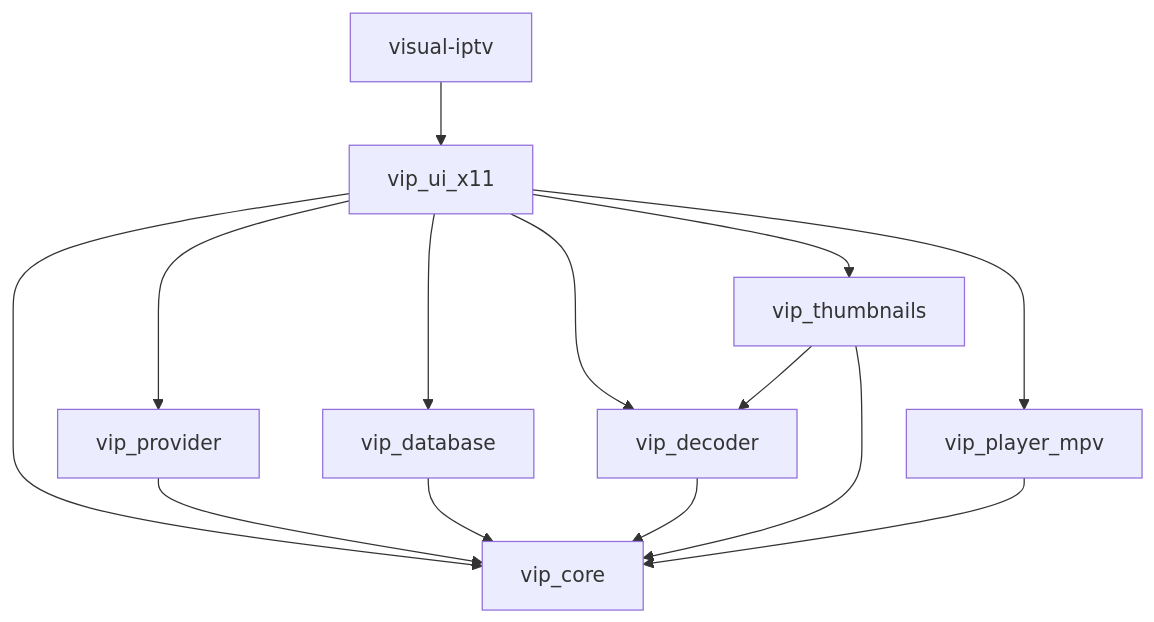
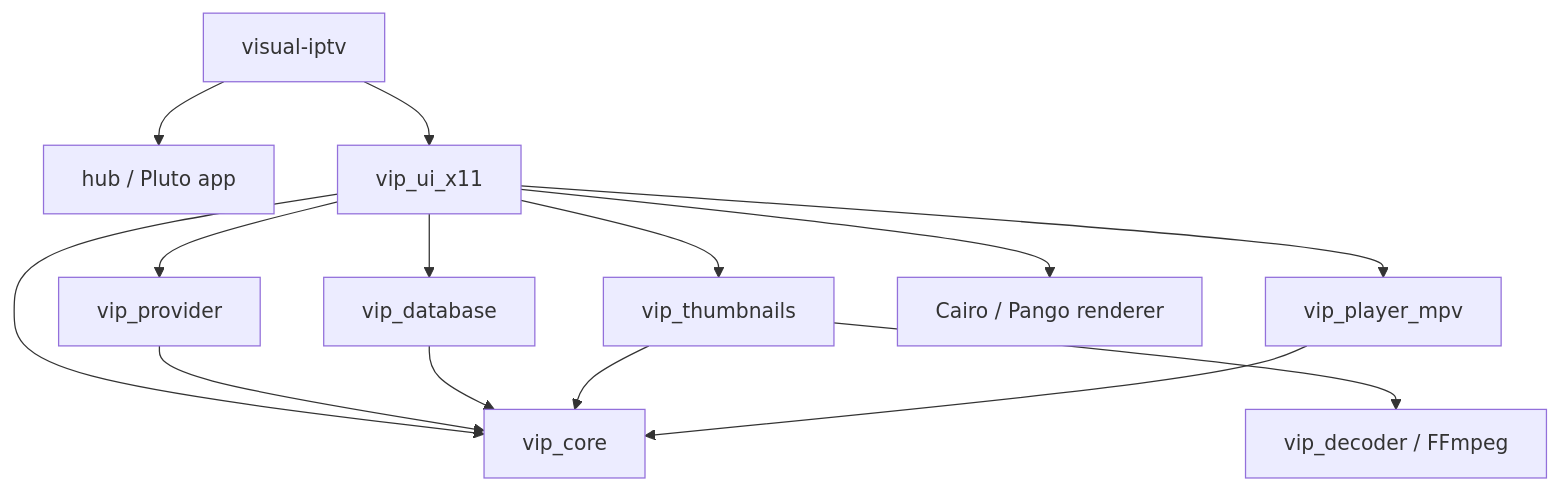
One commit to xoykor/blazzing changed the first of 2 diagrams in docs/ARCHITECTURE.md. Above: the diagram before and after it, drawn with Mermaid. The commit also changed other lines of this file, not shown here.

Commit message:
docs: align architecture with final mpv wid design

````diff
--- a/docs/ARCHITECTURE.md
+++ b/docs/ARCHITECTURE.md
@@ -11,16 +13,16 @@
 ```mermaid
 graph TD
-    APP[visual-iptv] --> UI[vip_ui_x11]
+    APP[visual-iptv] --> HUB[hub / Pluto app]
+    APP --> UI[vip_ui_x11]
     UI --> CORE[vip_core]
     UI --> PROVIDER[vip_provider]
     UI --> DB[vip_database]
-    UI --> DECODER[vip_decoder]
     UI --> THUMBS[vip_thumbnails]
     UI --> PLAYER[vip_player_mpv]
+    UI --> RENDER[Cairo / Pango renderer]
     PROVIDER --> CORE
     DB --> CORE
-    DECODER --> CORE
     THUMBS --> CORE
-    THUMBS --> DECODER
+    THUMBS --> DECODER[vip_decoder / FFmpeg]
     PLAYER --> CORE
 ```
````
